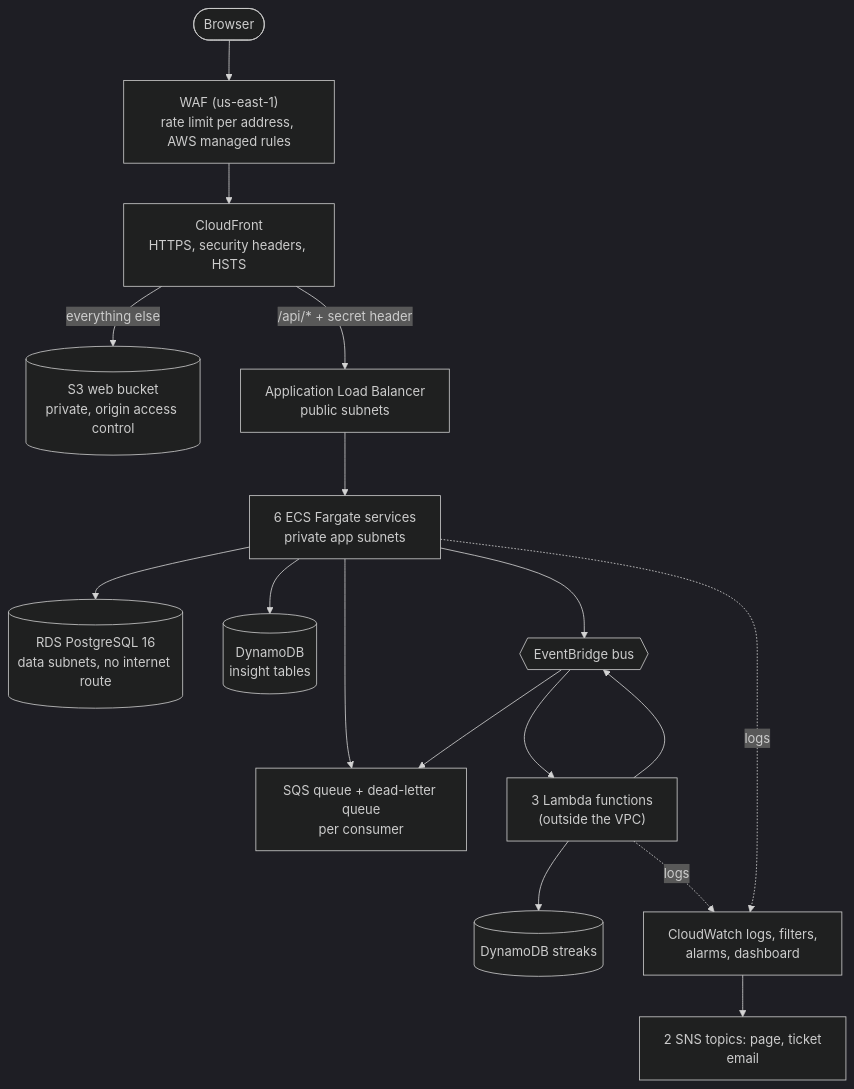
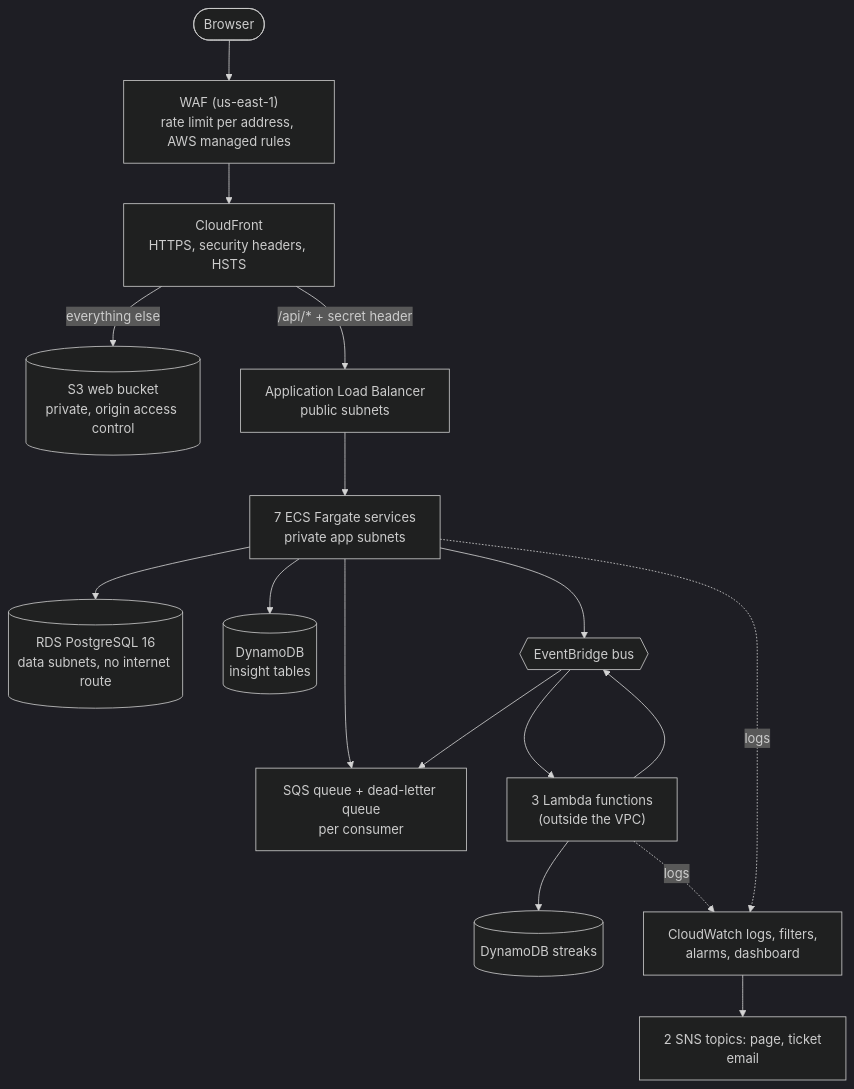
Before and after one commit to srikar2000sundram/TEAM_PULSE_ASSIGNMENT: the first of 2 diagrams in docs/architecture/17-terraform.md, drawn with Mermaid (dark theme). The commit also changed 65 other files, not shown here.

````diff
--- a/docs/architecture/17-terraform.md
+++ b/docs/architecture/17-terraform.md
@@ -13,19 +13,19 @@
 ```mermaid
 flowchart TB
     user(["Browser"]) --> waf["WAF (us-east-1)<br/>rate limit per address, AWS managed rules"]
     waf --> cf["CloudFront<br/>HTTPS, security headers, HSTS"]
     cf -->|"everything else"| s3[("S3 web bucket<br/>private, origin access control")]
     cf -->|"/api/*  + secret header"| alb["Application Load Balancer<br/>public subnets"]
-    alb --> ecs["6 ECS Fargate services<br/>private app subnets"]
+    alb --> ecs["7 ECS Fargate services<br/>private app subnets"]
     ecs --> rds[("RDS PostgreSQL 16<br/>data subnets, no internet route")]
     ecs --> ddb[("DynamoDB<br/>insight tables")]
     ecs --> sqs["SQS queue + dead-letter queue<br/>per consumer"]
     bus{{"EventBridge bus"}} --> sqs
     bus --> lam["3 Lambda functions<br/>(outside the VPC)"]
     lam --> ddb2[("DynamoDB streaks")]
     ecs --> bus
     lam --> bus
     ecs -. logs .-> cw["CloudWatch logs, filters,<br/>alarms, dashboard"]
     lam -. logs .-> cw
     cw --> sns["2 SNS topics: page, ticket<br/>email"]
 ```
````
